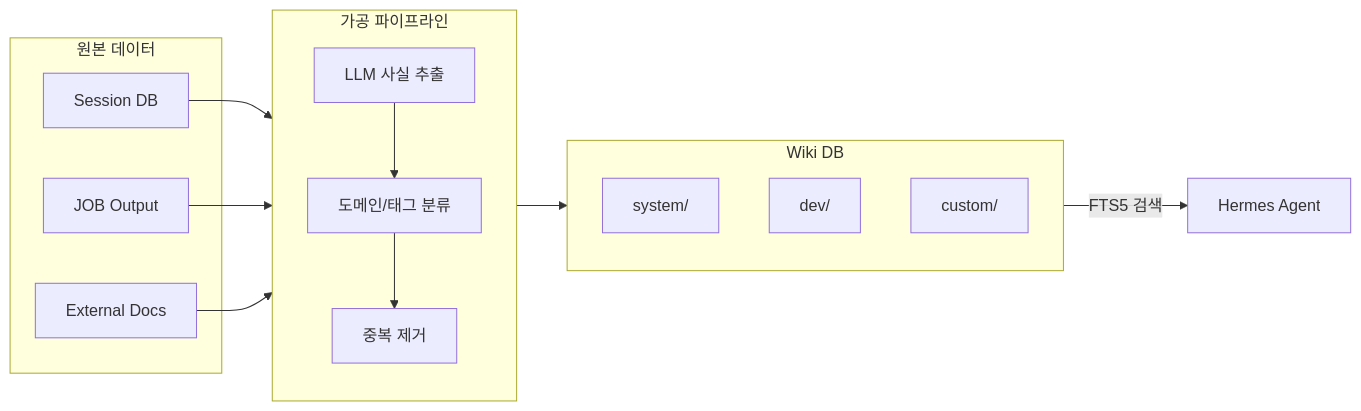
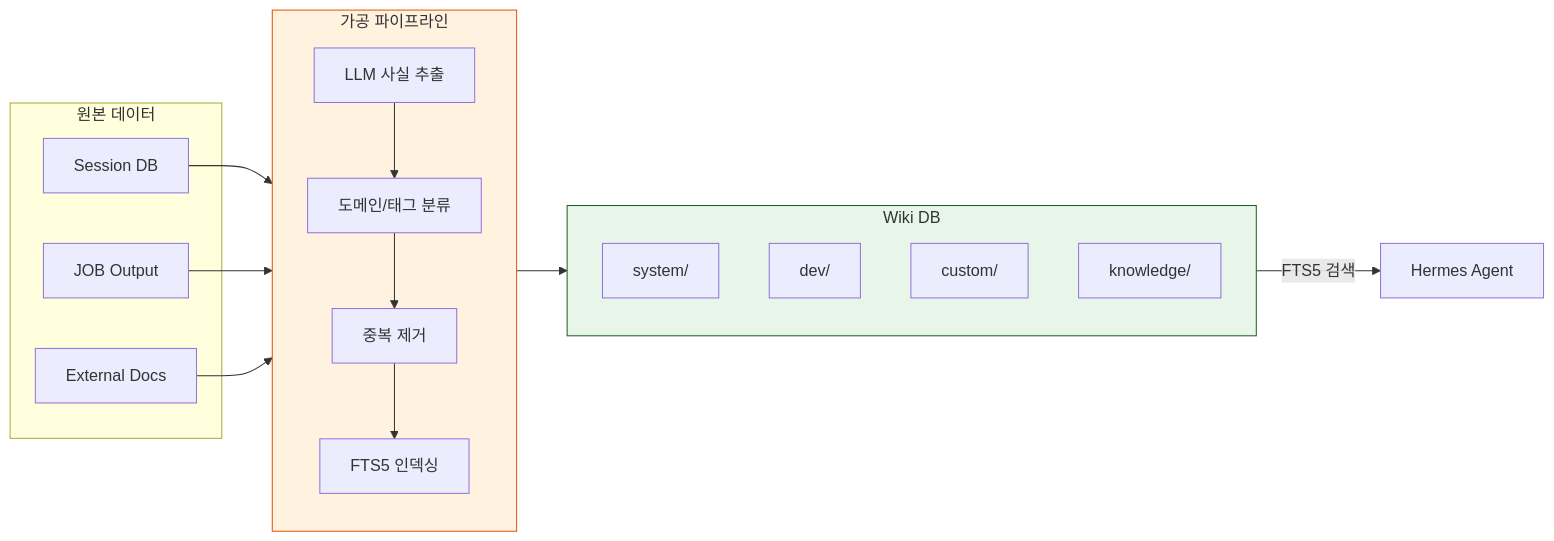
One commit to pheanor-agent/p-hermes changed the diagram in docs/blog/posts/knowledge-system-design.md. Above: the diagram before and after it, drawn with Mermaid. The commit also changed other lines of this file and 14 other files, not shown here.

````diff
--- a/docs/blog/posts/knowledge-system-design.md
+++ b/docs/blog/posts/knowledge-system-design.md
@@ -71,23 +171,28 @@
 ```mermaid
 graph LR
     subgraph Source [원본 데이터]
         S1[Session DB]
         S2[JOB Output]
         S3[External Docs]
     end
 
     subgraph Pipeline [가공 파이프라인]
         P1[LLM 사실 추출] --> P2[도메인/태그 분류]
         P2 --> P3[중복 제거]
+        P3 --> P4[FTS5 인덱싱]
     end
 
     subgraph Storage [Wiki DB]
         W1[system/]
         W2[dev/]
         W3[custom/]
+        W4[knowledge/]
     end
 
     S1 & S2 & S3 --> Pipeline
     Pipeline --> Storage
     Storage -->|FTS5 검색| AI[Hermes Agent]
+
+    style Pipeline fill:#fff3e0,stroke:#e65100
+    style Storage fill:#e8f5e9,stroke:#1b5e20
 ```
````
